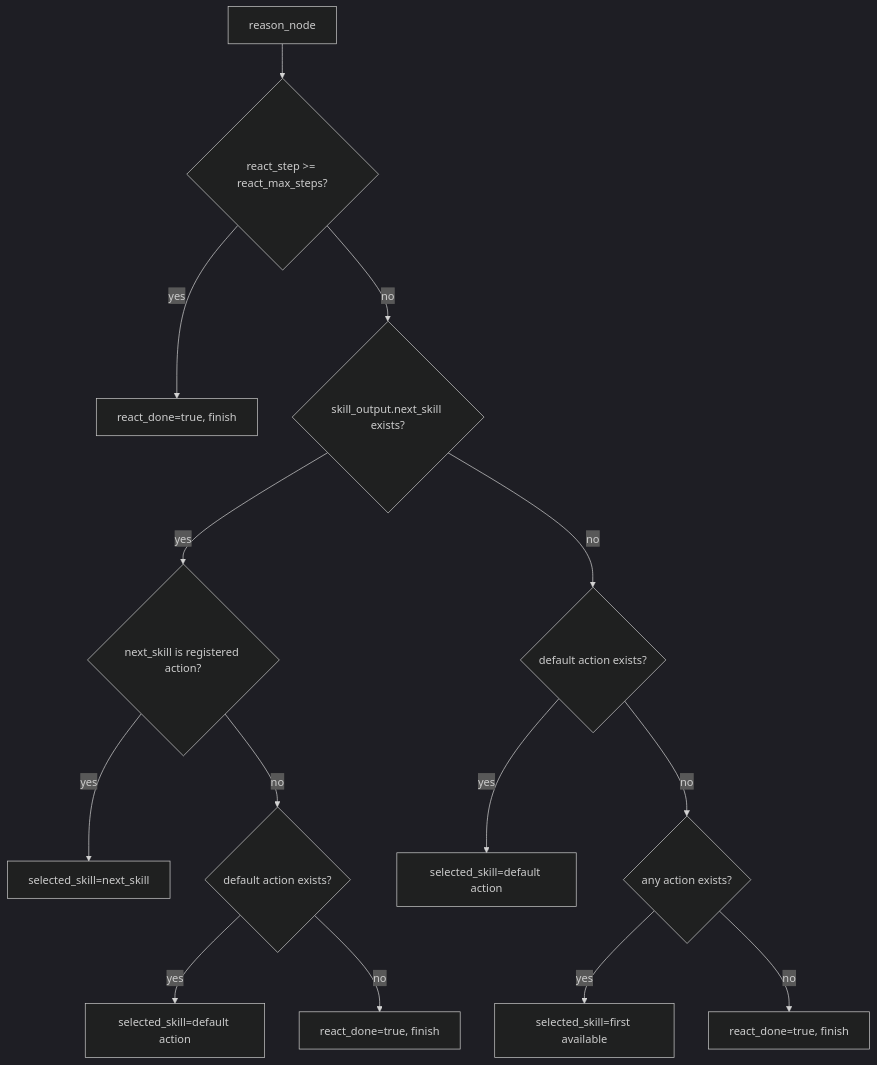
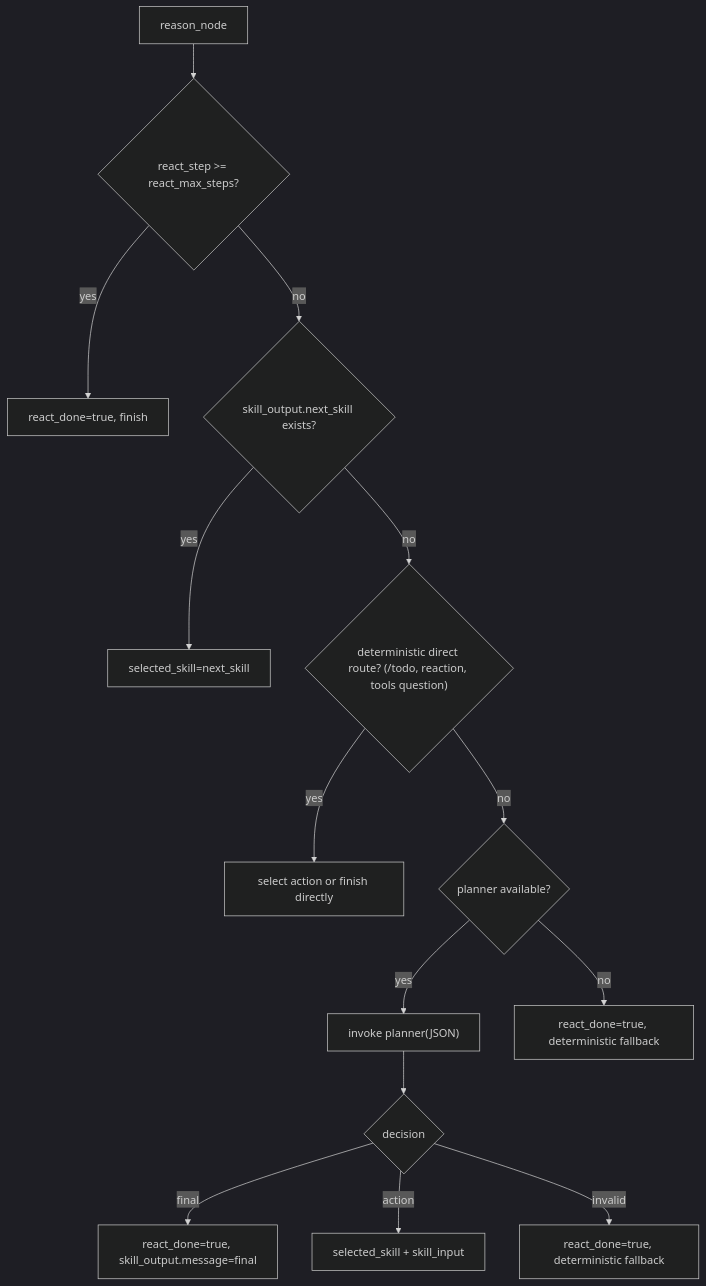
One commit to nigelleong0703/teambot changed the second of 2 diagrams in docs/agent-core-algorithm.md. Above: the diagram before and after it, drawn with Mermaid (dark theme). The commit also changed other lines of this file and 23 other files, not shown here.

Commit message:
refactor: switch to planner-driven action routing and remove message_reply tool surface

````diff
--- a/docs/agent-core-algorithm.md
+++ b/docs/agent-core-algorithm.md
@@ -46,18 +46,16 @@
 ```mermaid
 flowchart TD
     R0["reason_node"] --> R1{"react_step >= react_max_steps?"}
     R1 -- "yes" --> R1D["react_done=true, finish"]
     R1 -- "no" --> R2{"skill_output.next_skill exists?"}
-
-    R2 -- "yes" --> R3{"next_skill is registered action?"}
-    R3 -- "yes" --> R3A["selected_skill=next_skill"]
-    R3 -- "no" --> R3B{"default action exists?"}
-    R3B -- "yes" --> R3C["selected_skill=default action"]
-    R3B -- "no" --> R3D["react_done=true, finish"]
-
-    R2 -- "no" --> R4{"default action exists?"}
-    R4 -- "yes" --> R4A["selected_skill=default action"]
-    R4 -- "no" --> R5{"any action exists?"}
-    R5 -- "yes" --> R5A["selected_skill=first available"]
-    R5 -- "no" --> R5B["react_done=true, finish"]
+    R2 -- "yes" --> R2A["selected_skill=next_skill"]
+    R2 -- "no" --> R3{"deterministic direct route? (/todo, reaction, tools question)"}
+    R3 -- "yes" --> R3A["select action or finish directly"]
+    R3 -- "no" --> R4{"planner available?"}
+    R4 -- "yes" --> R5["invoke planner(JSON)"]
+    R5 --> R6{"decision"}
+    R6 -- "final" --> R6A["react_done=true, skill_output.message=final"]
+    R6 -- "action" --> R6B["selected_skill + skill_input"]
+    R6 -- "invalid" --> R6C["react_done=true, deterministic fallback"]
+    R4 -- "no" --> R7["react_done=true, deterministic fallback"]
 ```
````
